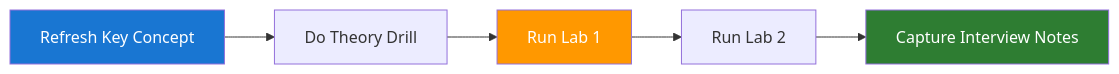
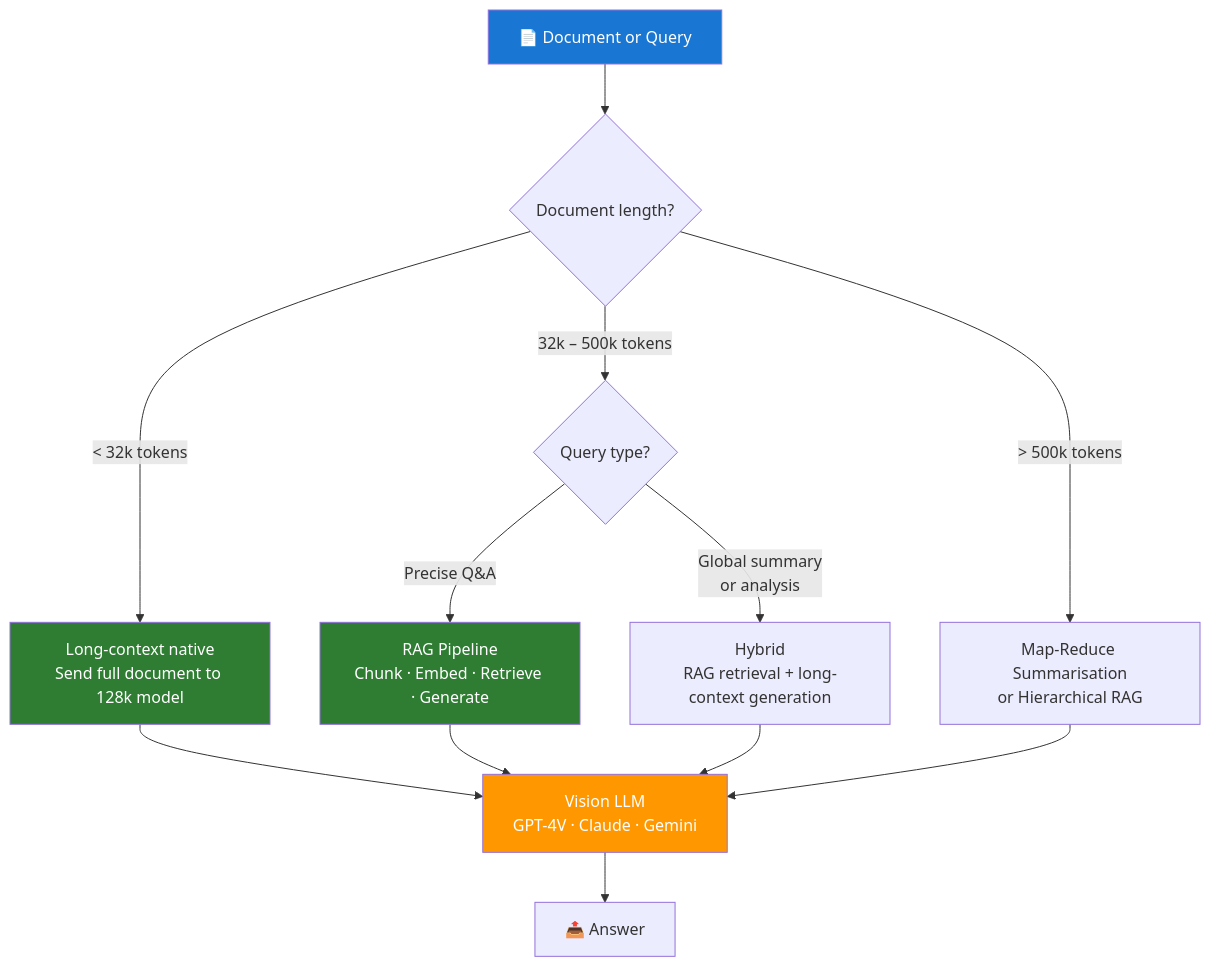
Before and after one commit to nitinkc/AI-Engineering-Learning: the diagram in docs/01-foundations/learning-revision-plan/week-01/day-06-multimodal-and-long-context-strategies.md, drawn with Mermaid. The commit also changed other lines of this file and 48 other files, not shown here.

````diff
--- a/docs/01-foundations/learning-revision-plan/week-01/day-06-multimodal-and-long-context-strategies.md
+++ b/docs/01-foundations/learning-revision-plan/week-01/day-06-multimodal-and-long-context-strategies.md
@@ -58,11 +111,23 @@
 ```mermaid
-graph LR
-    A["Refresh Key Concept"] --> B["Do Theory Drill"]
-    B --> C["Run Lab 1"]
-    C --> D["Run Lab 2"]
-    D --> E["Capture Interview Notes"]
+graph TD
+    START["📄 Document or Query"] --> Q1{"Document length?"}
 
-    style A fill:#1976d2,color:#fff
-    style C fill:#ff9800,color:#fff
-    style E fill:#2e7d32,color:#fff
+    Q1 -->|"< 32k tokens"| NATIVE["Long-context native\nSend full document to 128k model"]
+    Q1 -->|"32k – 500k tokens"| Q2{"Query type?"}
+    Q1 -->|"> 500k tokens"| MAP["Map-Reduce Summarisation\nor Hierarchical RAG"]
+
+    Q2 -->|"Precise Q&A"| RAG["RAG Pipeline\nChunk · Embed · Retrieve · Generate"]
+    Q2 -->|"Global summary\nor analysis"| HYBRID["Hybrid\nRAG retrieval + long-context generation"]
+
+    NATIVE --> GEN["Vision LLM\nGPT-4V · Claude · Gemini"]
+    RAG --> GEN
+    HYBRID --> GEN
+    MAP --> GEN
+
+    GEN --> OUT["📤 Answer"]
+
+    style START fill:#1976d2,color:#fff
+    style GEN fill:#ff9800,color:#fff
+    style RAG fill:#2e7d32,color:#fff
+    style NATIVE fill:#2e7d32,color:#fff
 ```
````
